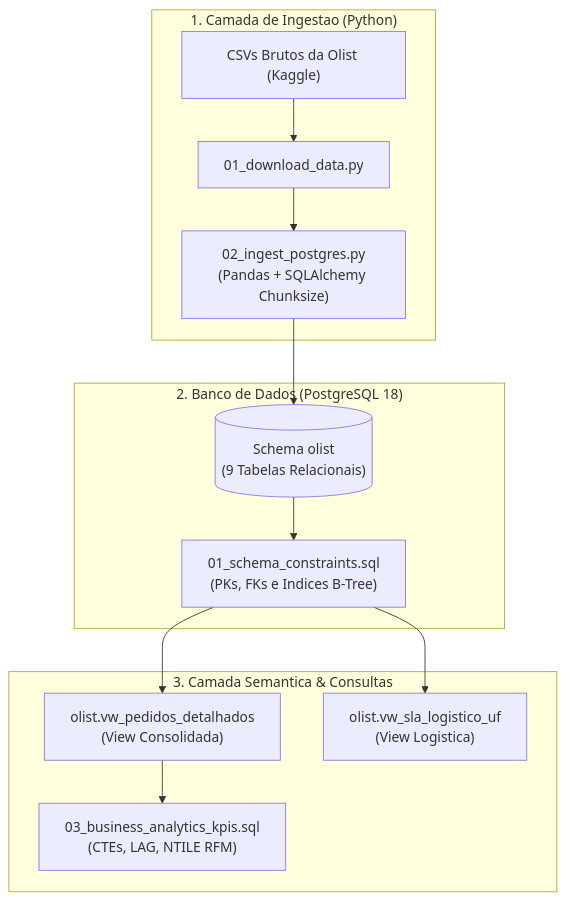
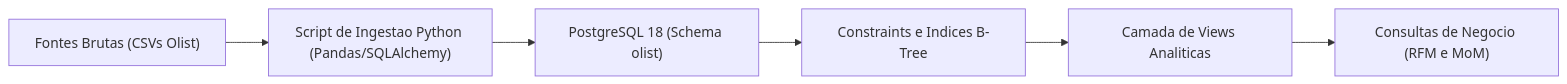
Before and after one commit to OhXyytVictor/portfolio-dados: the first of 2 diagrams in 01-olist-ecommerce-analytics/README.md, drawn with Mermaid. The commit also changed other lines of this file and 2 other files, not shown here.

````diff
--- a/01-olist-ecommerce-analytics/README.md
+++ b/01-olist-ecommerce-analytics/README.md
@@ -125,18 +101,8 @@
 ```mermaid
-flowchart TD
-    subgraph Ingestao ["1. Camada de Ingestao (Python)"]
-        A["CSVs Brutos da Olist (Kaggle)"] --> B["01_download_data.py"]
-        B --> C["02_ingest_postgres.py<br>(Pandas + SQLAlchemy Chunksize)"]
-    end
-
-    subgraph Armazenamento ["2. Banco de Dados (PostgreSQL 18)"]
-        C --> D[("Schema olist<br>(9 Tabelas Relacionais)")]
-        D --> E["01_schema_constraints.sql<br>(PKs, FKs e Indices B-Tree)"]
-    end
-
-    subgraph Analitica ["3. Camada Semantica & Consultas"]
-        E --> F["olist.vw_pedidos_detalhados<br>(View Consolidada)"]
-        E --> G["olist.vw_sla_logistico_uf<br>(View Logistica)"]
-        F --> H["03_business_analytics_kpis.sql<br>(CTEs, LAG, NTILE RFM)"]
-    end
+flowchart LR
+    A["Fontes Brutas (CSVs Olist)"] --> B["Script de Ingestao Python (Pandas/SQLAlchemy)"]
+    B --> C["PostgreSQL 18 (Schema olist)"]
+    C --> D["Constraints e Indices B-Tree"]
+    D --> E["Camada de Views Analiticas"]
+    E --> F["Consultas de Negocio (RFM e MoM)"]
 ```
````
